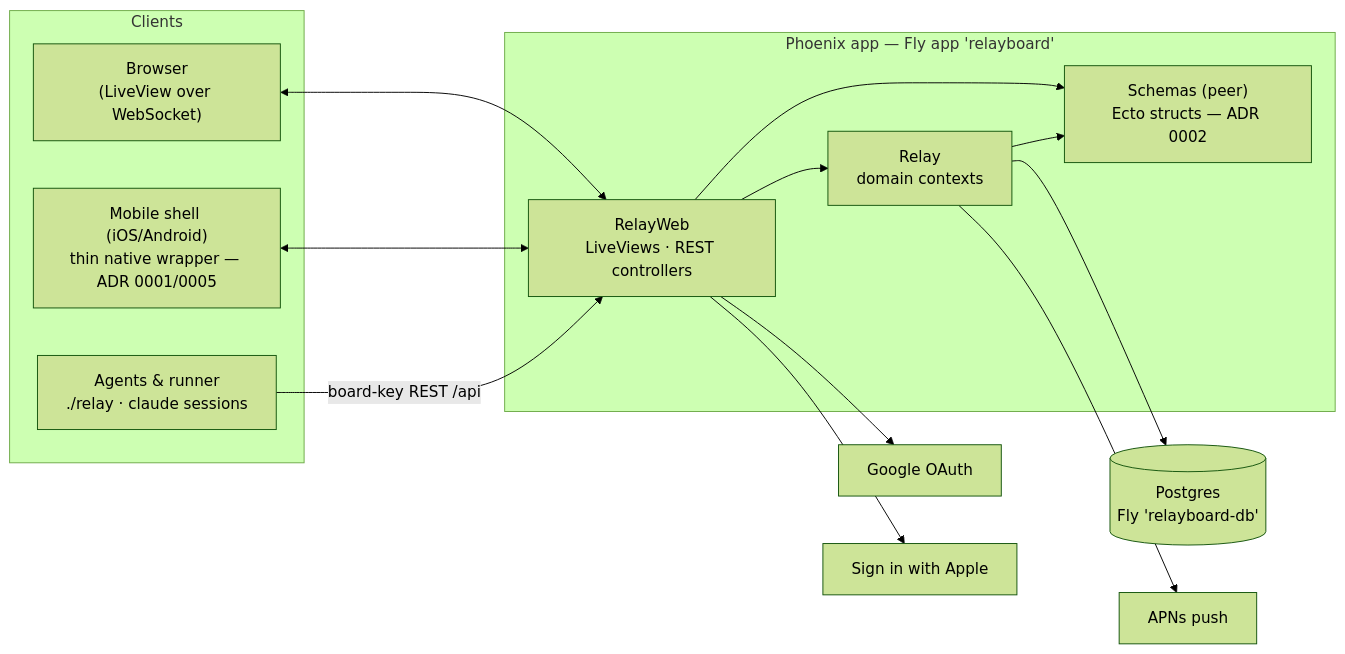
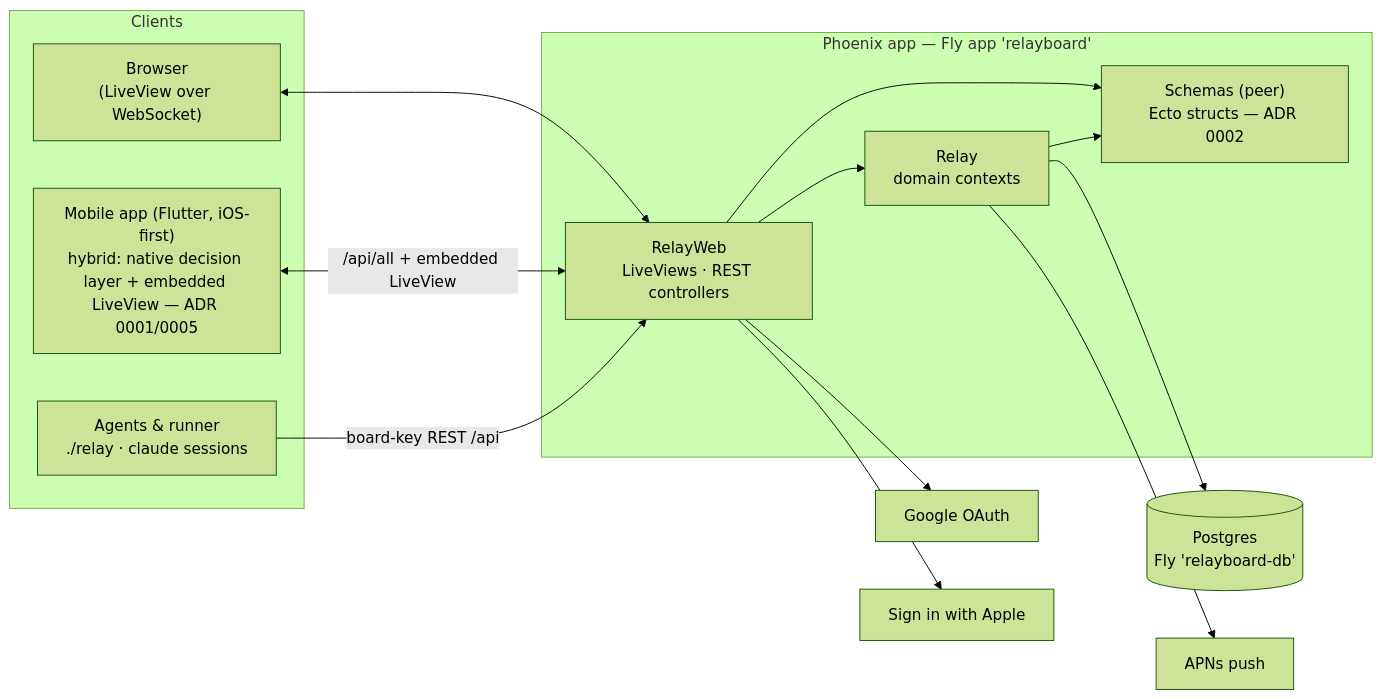
One commit to jeremylightsmith/relay changed the diagram in docs/architecture/README.md. Above: the diagram before and after it, drawn with Mermaid (forest theme). The commit also changed other lines of this file and 12 other files, not shown here.

First line of the commit message:
RE422 Align AGENTS.md and ADR 0001 with the native layer ADR 0005 shipped

````diff
--- a/docs/architecture/README.md
+++ b/docs/architecture/README.md
@@ -15,27 +15,27 @@
 ```mermaid
 flowchart LR
     subgraph client["Clients"]
         browser["Browser<br/>(LiveView over WebSocket)"]
-        mobile["Mobile shell (iOS/Android)<br/>thin native wrapper — ADR 0001/0005"]
+        mobile["Mobile app (Flutter, iOS-first)<br/>hybrid: native decision layer + embedded LiveView — ADR 0001/0005"]
         agents["Agents & runner<br/>./relay · claude sessions"]
     end
     subgraph fly["Phoenix app — Fly app 'relayboard'"]
         web["RelayWeb<br/>LiveViews · REST controllers"]
         domain["Relay<br/>domain contexts"]
         schemas["Schemas (peer)<br/>Ecto structs — ADR 0002"]
         web --> domain
         web --> schemas
         domain --> schemas
     end
     pg[("Postgres<br/>Fly 'relayboard-db'")]
     google["Google OAuth"]
     apple["Sign in with Apple"]
     apns["APNs push"]
     browser <--> web
-    mobile <--> web
+    mobile <-- "/api/all + embedded LiveView" --> web
     agents -- "board-key REST /api" --> web
     domain --> pg
     web --> google
     web --> apple
     domain --> apns
 ```
````
